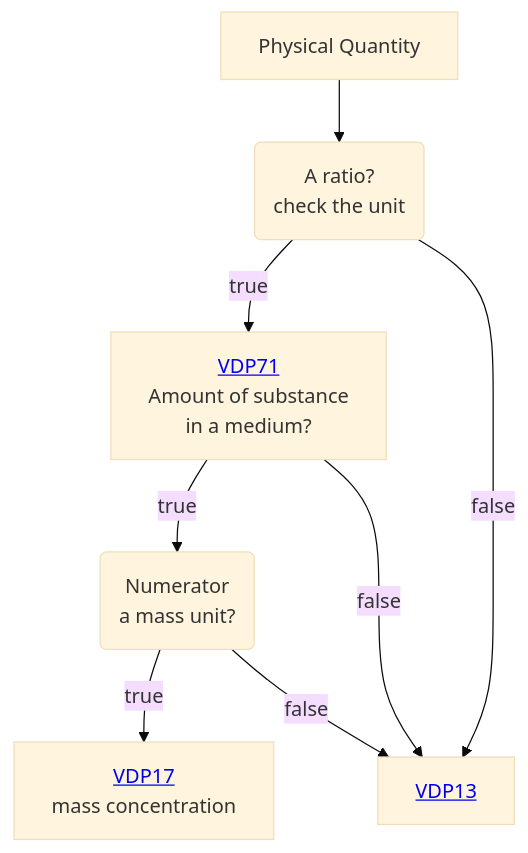
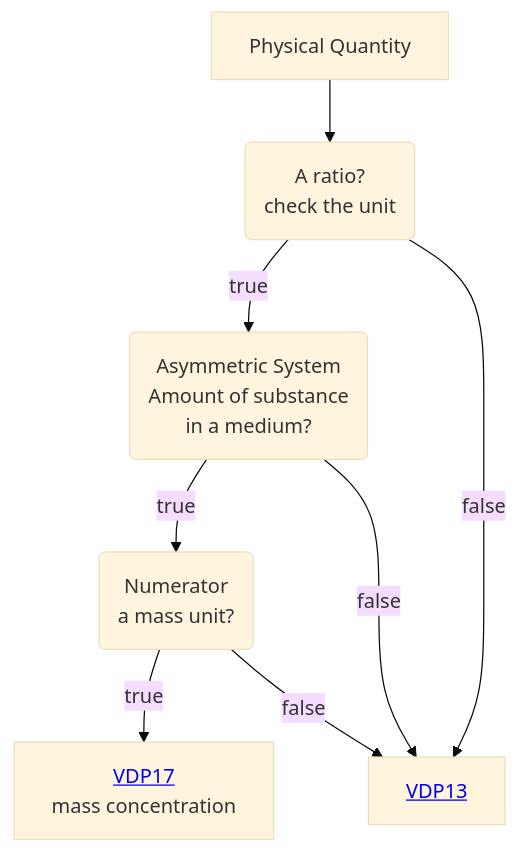
Before and after one commit to mabablue/I-ADOPT-patterns-playground: the diagram in Decisition_trees/DT2.mmd, drawn with Mermaid (base theme).

Commit message:
Update flowchart node labels in DT2.mmd

```diff
--- a/Decisition_trees/DT2.mmd
+++ b/Decisition_trees/DT2.mmd
@@ -1,8 +1,8 @@
 flowchart TD
     A[Physical Quantity] --> B(A ratio?<br>check the unit)
-    B --> |true|C[<a href='https://github.com/mabablue/I-ADOPT-patterns-playground/blob/main/pattern/VDP13.yaml'>VDP71</a> <br> Amount of substance <br> in a medium?] 
+    B --> |true|C(Asymmetric System <br> Amount of substance <br> in a medium?) 
     B --> |false|D[<a href='https://github.com/mabablue/I-ADOPT-patterns-playground/blob/main/pattern/VDP13.yaml'>VDP13</a>]
     C --> |true|E(Numerator <br> a mass unit?)
     C --> |false|D
     E --> |true|F[<a href='https://github.com/mabablue/I-ADOPT-patterns-playground/blob/main/pattern/VDP17.yaml'>VDP17</a> <br> mass concentration]
     E --> |false|D
```
